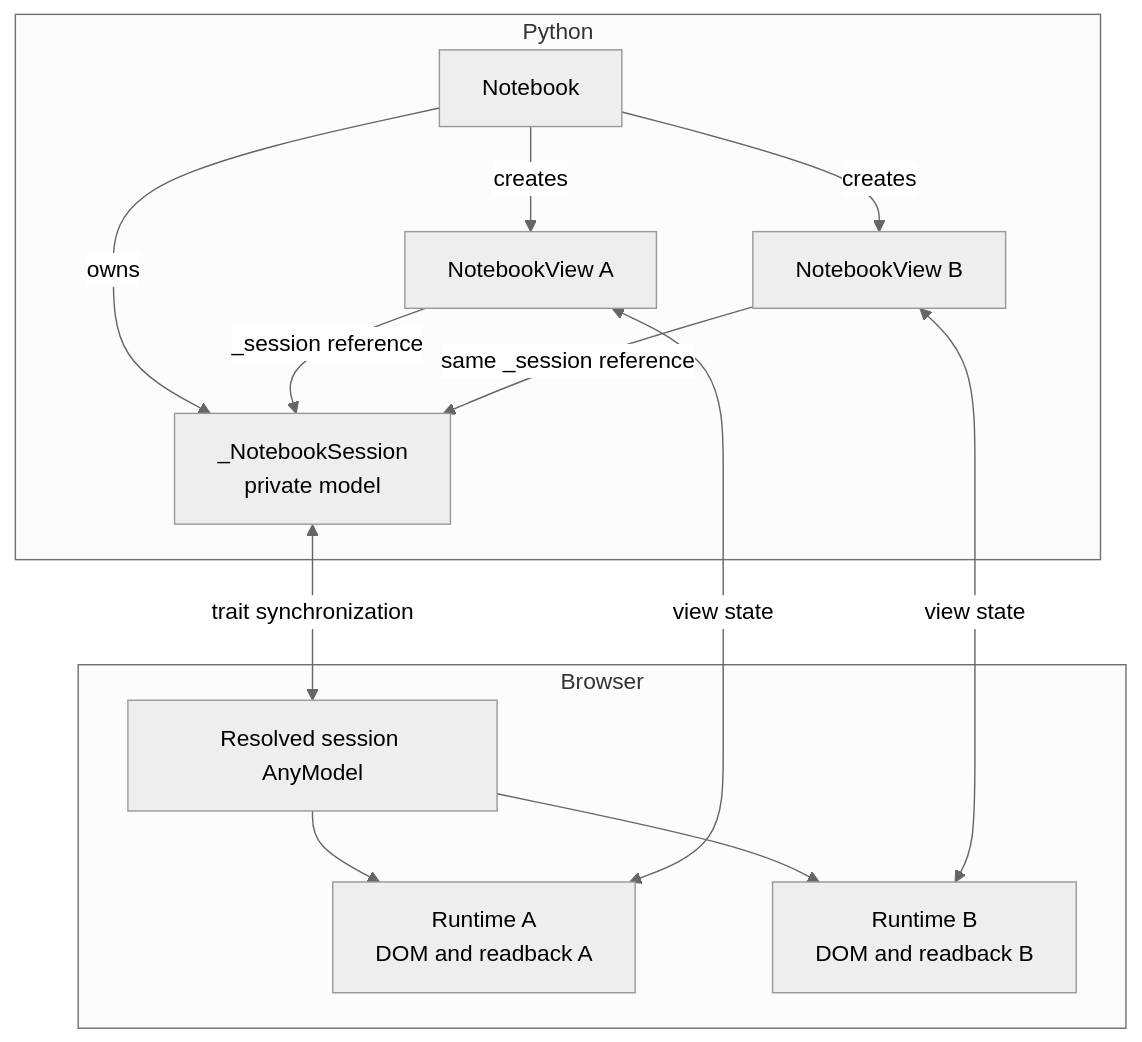
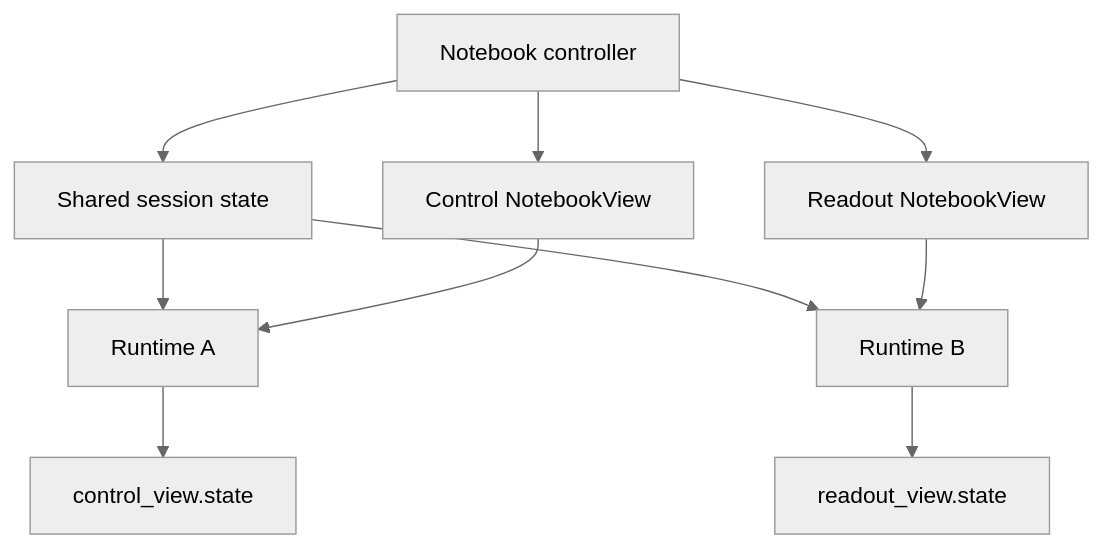
The diagram in apps/docs/docs/render/widget-composition.mdx (peter-gy/pyobservablejs), drawn with Mermaid (neutral theme) before and after one commit. The commit also changed other lines of this file and 41 other files, not shown here.

````diff
--- a/apps/docs/docs/render/widget-composition.mdx
+++ b/apps/docs/docs/render/widget-composition.mdx
@@ -65,28 +49,12 @@
 ```mermaid
 flowchart TB
-  subgraph python["Python"]
-    notebook["Notebook"]
-    session["_NotebookSession<br/>private model"]
-    view_a["NotebookView A"]
-    view_b["NotebookView B"]
-
-    notebook -->|"owns"| session
-    notebook -->|"creates"| view_a
-    notebook -->|"creates"| view_b
-    view_a -->|"_session reference"| session
-    view_b -->|"same _session reference"| session
-  end
-
-  subgraph browser["Browser"]
-    session_model["Resolved session AnyModel"]
-    runtime_a["Runtime A<br/>DOM and readback A"]
-    runtime_b["Runtime B<br/>DOM and readback B"]
-
-    session_model --> runtime_a
-    session_model --> runtime_b
-  end
-
-  session <-->|"trait synchronization"| session_model
-  view_a <-->|"view state"| runtime_a
-  view_b <-->|"view state"| runtime_b
+  notebook["Notebook controller"] --> session["Shared session state"]
+  notebook --> control["Control NotebookView"]
+  notebook --> readout["Readout NotebookView"]
+  session --> runtimeA["Runtime A"]
+  session --> runtimeB["Runtime B"]
+  control --> runtimeA
+  readout --> runtimeB
+  runtimeA --> stateA["control_view.state"]
+  runtimeB --> stateB["readout_view.state"]
 ```
````
